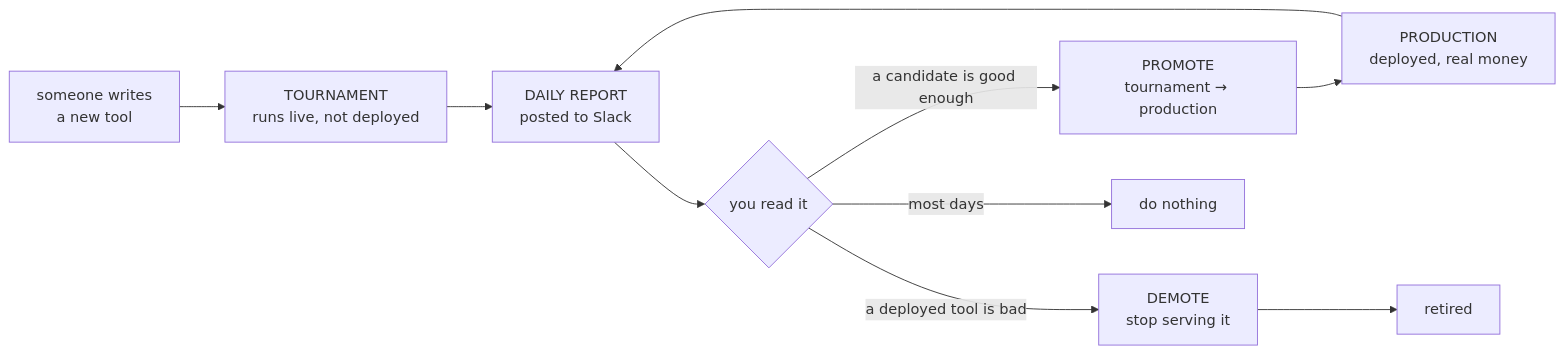
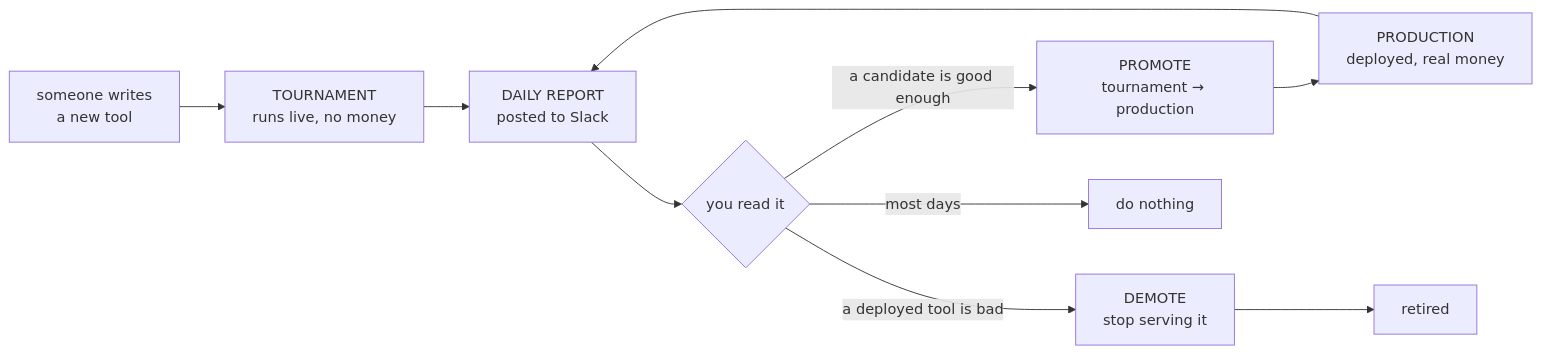
Before and after one commit to valory-xyz/mech-predict: the diagram in benchmark/DAILY_REPORT_OPERATOR_GUIDE.md, drawn with Mermaid. The commit also changed other lines of this file and 4 other files, not shown here.

````diff
--- a/benchmark/DAILY_REPORT_OPERATOR_GUIDE.md
+++ b/benchmark/DAILY_REPORT_OPERATOR_GUIDE.md
@@ -21,12 +10,12 @@
 ```mermaid
 flowchart LR
-    new["someone writes<br/>a new tool"] --> tourn["TOURNAMENT<br/>runs live, not deployed"]
+    new["someone writes<br/>a new tool"] --> tourn["TOURNAMENT<br/>runs live, no money"]
     tourn --> daily["DAILY REPORT<br/>posted to Slack"]
     prod["PRODUCTION<br/>deployed, real money"] --> daily
     daily --> you{"you read it"}
     you -->|"a candidate is good enough"| promote["PROMOTE<br/>tournament → production"]
     you -->|"a deployed tool is bad"| demote["DEMOTE<br/>stop serving it"]
     you -->|"most days"| nothing["do nothing"]
     promote --> prod
     demote --> retired["retired"]
 ```
````
